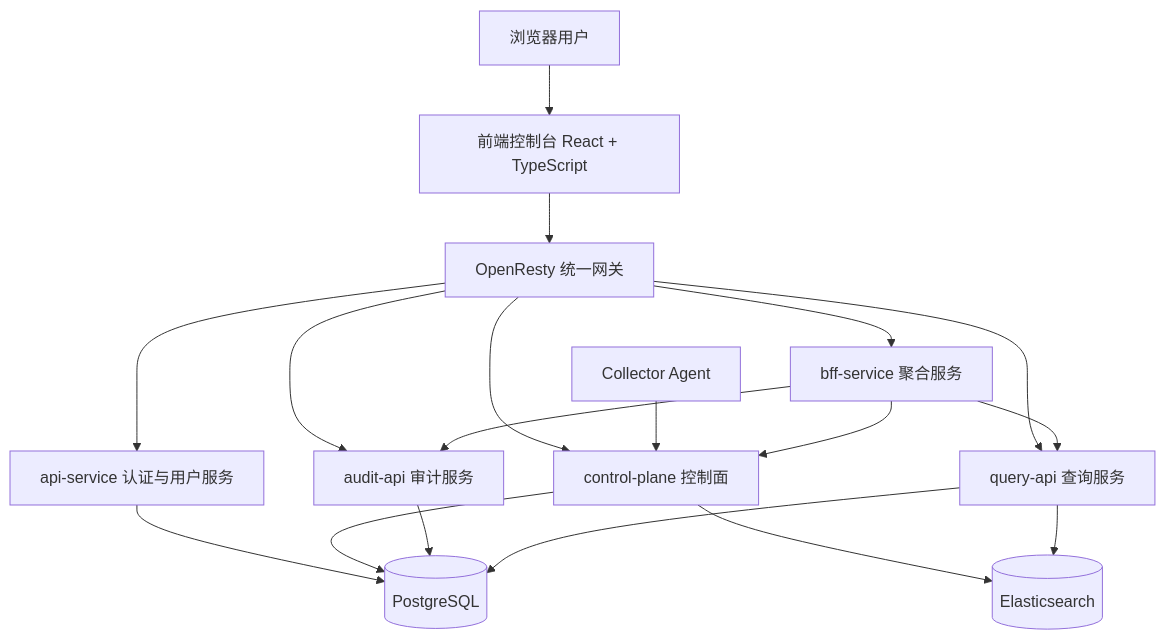
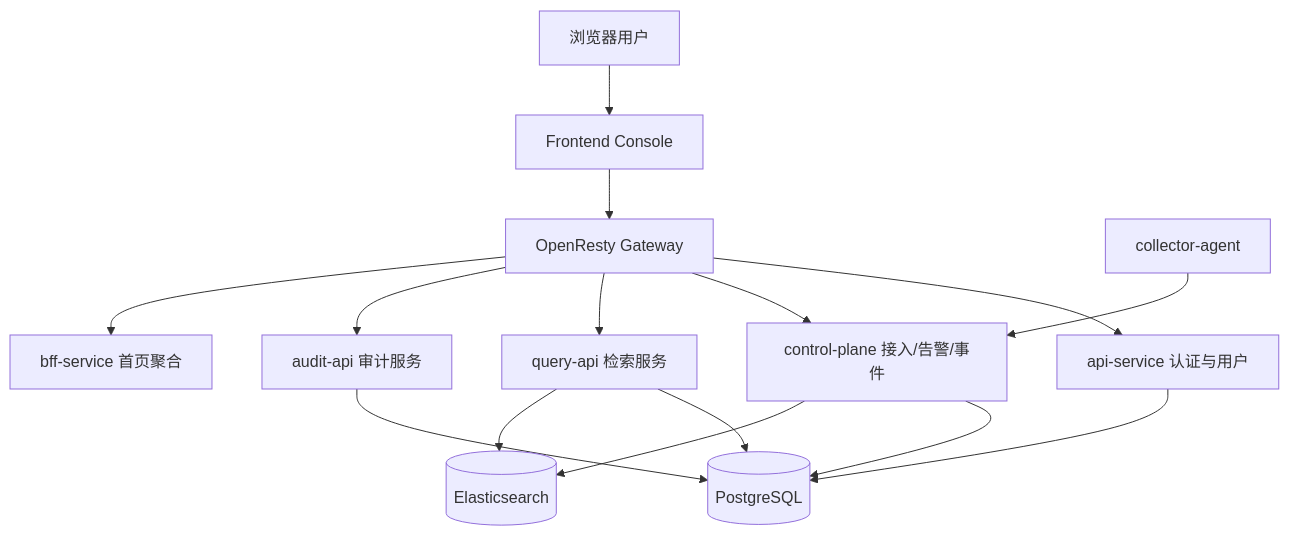
One commit to c1cadaBob/NexusLog changed the diagram in docs/毕设材料/毕业设计说明书.md. Above: the diagram before and after it, drawn with Mermaid. The commit also changed other lines of this file, not shown here.

````diff
--- a/docs/毕设材料/毕业设计说明书.md
+++ b/docs/毕设材料/毕业设计说明书.md
@@ -55,23 +152,17 @@
 ```mermaid
 graph TD
-    U[浏览器用户] --> F[前端控制台 React + TypeScript]
-    F --> G[OpenResty 统一网关]
-
-    G --> A[api-service 认证与用户服务]
-    G --> C[control-plane 控制面]
-    G --> Q[query-api 查询服务]
+    U[浏览器用户] --> F[Frontend Console]
+    F --> G[OpenResty Gateway]
+    G --> A[api-service 认证与用户]
+    G --> C[control-plane 接入/告警/事件]
+    G --> Q[query-api 检索服务]
     G --> D[audit-api 审计服务]
-    G --> B[bff-service 聚合服务]
-
-    AG[Collector Agent] --> C
-    C --> ES[(Elasticsearch)]
-    Q --> ES
-
-    A --> PG[(PostgreSQL)]
-    C --> PG
-    D --> PG
-    Q --> PG
-    B --> C
-    B --> Q
-    B --> D
+    G --> B[bff-service 首页聚合]
+    A --> P[(PostgreSQL)]
+    C --> P
+    Q --> P
+    D --> P
+    Q --> E[(Elasticsearch)]
+    C --> E
+    AG[collector-agent] --> C
 ```
````
